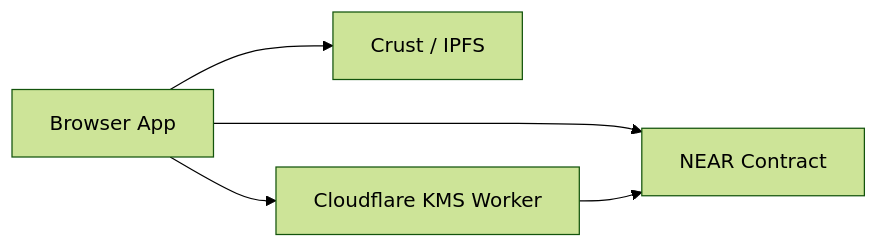
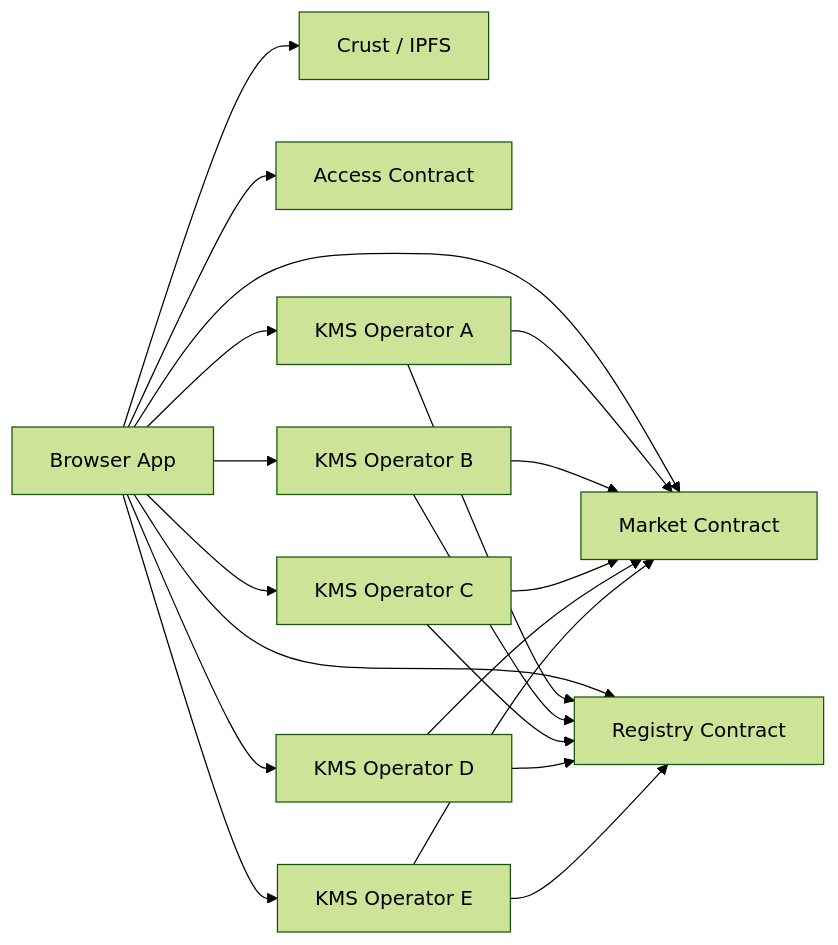
The diagram in docs/architecture/README.md (4rmus/youtick), drawn with Mermaid (forest theme) before and after one commit. The commit also changed other lines of this file and 44 other files, not shown here.

Commit message:
Implement testnet zero-trust share-based playback architecture

````diff
--- a/docs/architecture/README.md
+++ b/docs/architecture/README.md
@@ -23,7 +33,25 @@
 ```mermaid
 flowchart LR
-    Browser["Browser App"] --> Crust["Crust / IPFS"]
-    Browser --> KMS["Cloudflare KMS Worker"]
-    Browser --> NEAR["NEAR Contract"]
-    KMS --> NEAR
+    Browser["Browser App"] --> IPFS["Crust / IPFS"]
+    Browser --> Market["Market Contract"]
+    Browser --> Access["Access Contract"]
+    Browser --> Registry["Registry Contract"]
+
+    Browser --> OpA["KMS Operator A"]
+    Browser --> OpB["KMS Operator B"]
+    Browser --> OpC["KMS Operator C"]
+    Browser --> OpD["KMS Operator D"]
+    Browser --> OpE["KMS Operator E"]
+
+    OpA --> Registry
+    OpB --> Registry
+    OpC --> Registry
+    OpD --> Registry
+    OpE --> Registry
+
+    OpA --> Market
+    OpB --> Market
+    OpC --> Market
+    OpD --> Market
+    OpE --> Market
 ```
````
